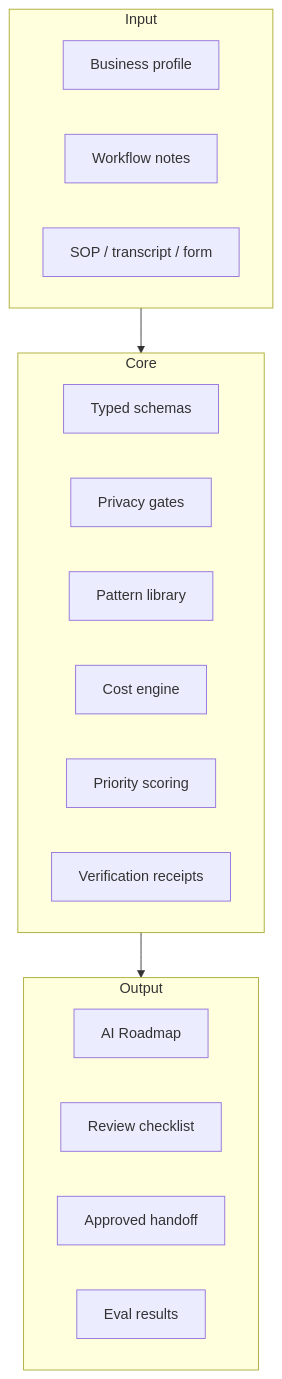
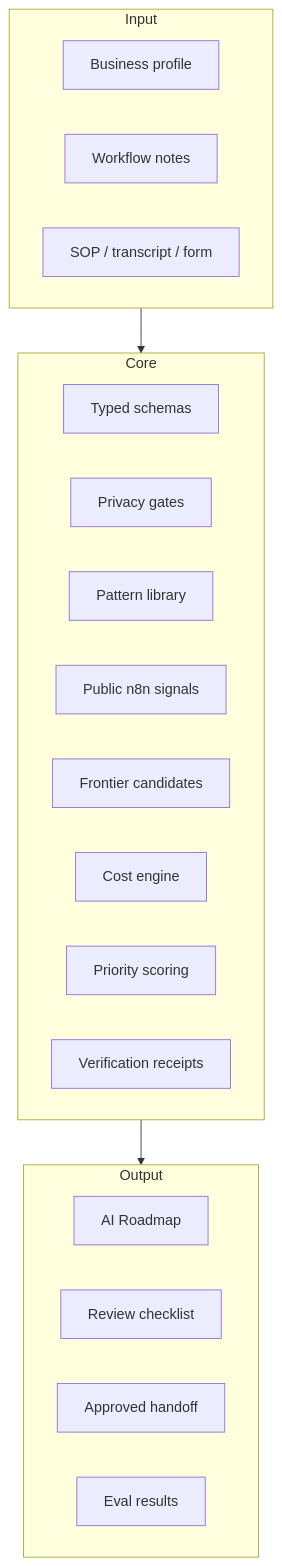
One commit to ashishki/-Workflow-to-Agent-Studio changed the third of 3 diagrams in README_RU.md. Above: the diagram before and after it, drawn with Mermaid. The commit also changed other lines of this file and 4 other files, not shown here.

Commit message:
Enrich cofounder demo with n8n frontier signals

````diff
--- a/README_RU.md
+++ b/README_RU.md
@@ -139,26 +165,28 @@
 ```mermaid
 flowchart TB
     subgraph Input
         A1[Business profile]
         A2[Workflow notes]
         A3[SOP / transcript / form]
     end
 
     subgraph Core
         B1[Typed schemas]
         B2[Privacy gates]
         B3[Pattern library]
-        B4[Cost engine]
-        B5[Priority scoring]
-        B6[Verification receipts]
+        B4[Public n8n signals]
+        B5[Frontier candidates]
+        B6[Cost engine]
+        B7[Priority scoring]
+        B8[Verification receipts]
     end
 
     subgraph Output
         C1[AI Roadmap]
         C2[Review checklist]
         C3[Approved handoff]
         C4[Eval results]
     end
 
     Input --> Core --> Output
 ```
````
